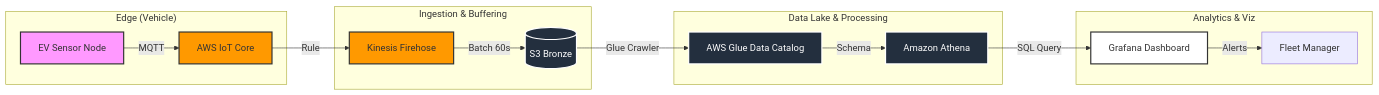
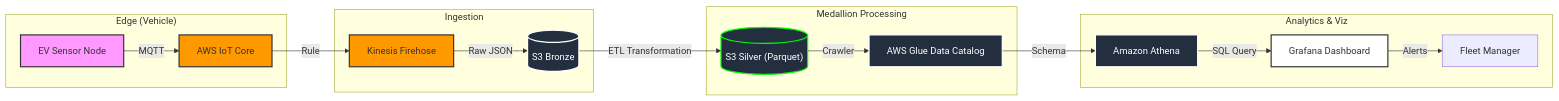
The diagram in README.md (Mayne0945/rea-vaya-ev-telemetry-pipeline), drawn with Mermaid before and after one commit. The commit also changed other lines of this file, not shown here.

````diff
--- a/README.md
+++ b/README.md
@@ -10,29 +11,31 @@
-```mermaid 
+```mermaid
 graph LR
     subgraph "Edge (Vehicle)"
         V[EV Sensor Node] -->|MQTT| IOT[AWS IoT Core]
     end
 
-    subgraph "Ingestion & Buffering"
+    subgraph "Ingestion"
         IOT -->|Rule| FH[Kinesis Firehose]
-        FH -->|Batch 60s| S3_B[("S3 Bronze")]
+        FH -->|Raw JSON| S3_B[("S3 Bronze")]
     end
 
-    subgraph "Data Lake & Processing"
-        S3_B -->|Glue Crawler| G[AWS Glue Data Catalog]
-        G -->|Schema| ATH[Amazon Athena]
+    subgraph "Medallion Processing"
+        S3_B -->|ETL Transformation| S3_S[("S3 Silver (Parquet)")]
+        S3_S -->|Crawler| G[AWS Glue Data Catalog]
     end
 
     subgraph "Analytics & Viz"
+        G -->|Schema| ATH[Amazon Athena]
         ATH -->|SQL Query| GRAF[Grafana Dashboard]
         GRAF -->|Alerts| USR[Fleet Manager]
     end
 
     style V fill:#f9f,stroke:#333,stroke-width:2px
     style IOT fill:#ff9900,stroke:#333,stroke-width:2px
     style FH fill:#ff9900,stroke:#333,stroke-width:2px
     style S3_B fill:#232f3e,stroke:#fff,stroke-width:2px,color:#fff
+    style S3_S fill:#232f3e,stroke:#00ff00,stroke-width:2px,color:#fff
     style G fill:#232f3e,stroke:#fff,stroke-width:2px,color:#fff
     style ATH fill:#232f3e,stroke:#fff,stroke-width:2px,color:#fff
     style GRAF fill:#fff,stroke:#333,stroke-width:2px
 ```
````
